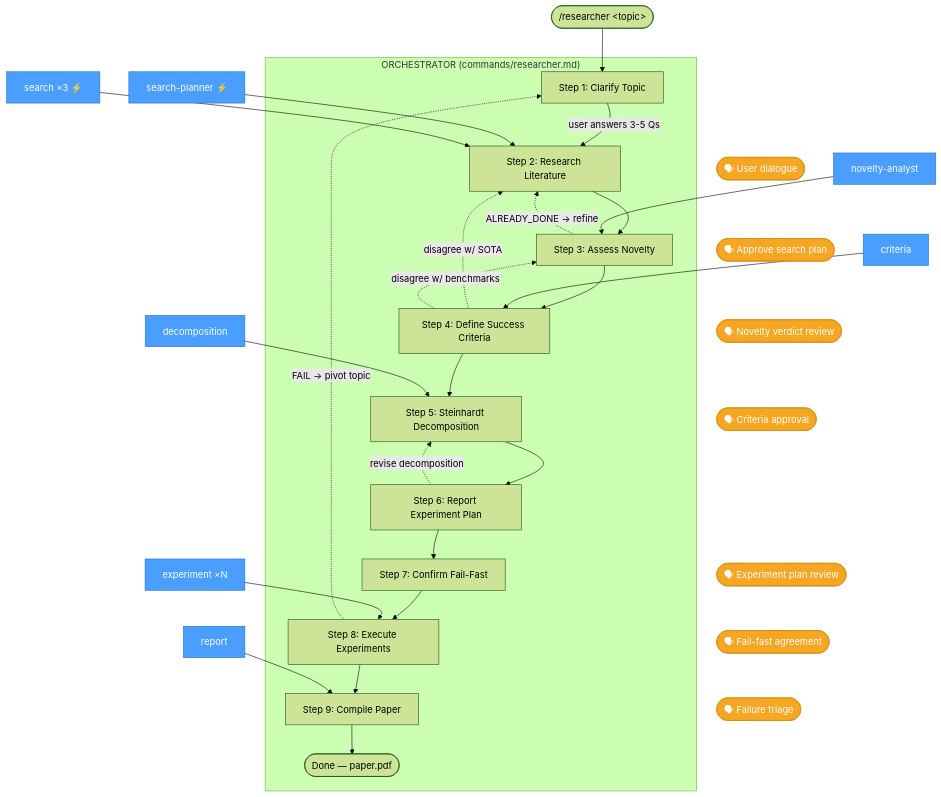
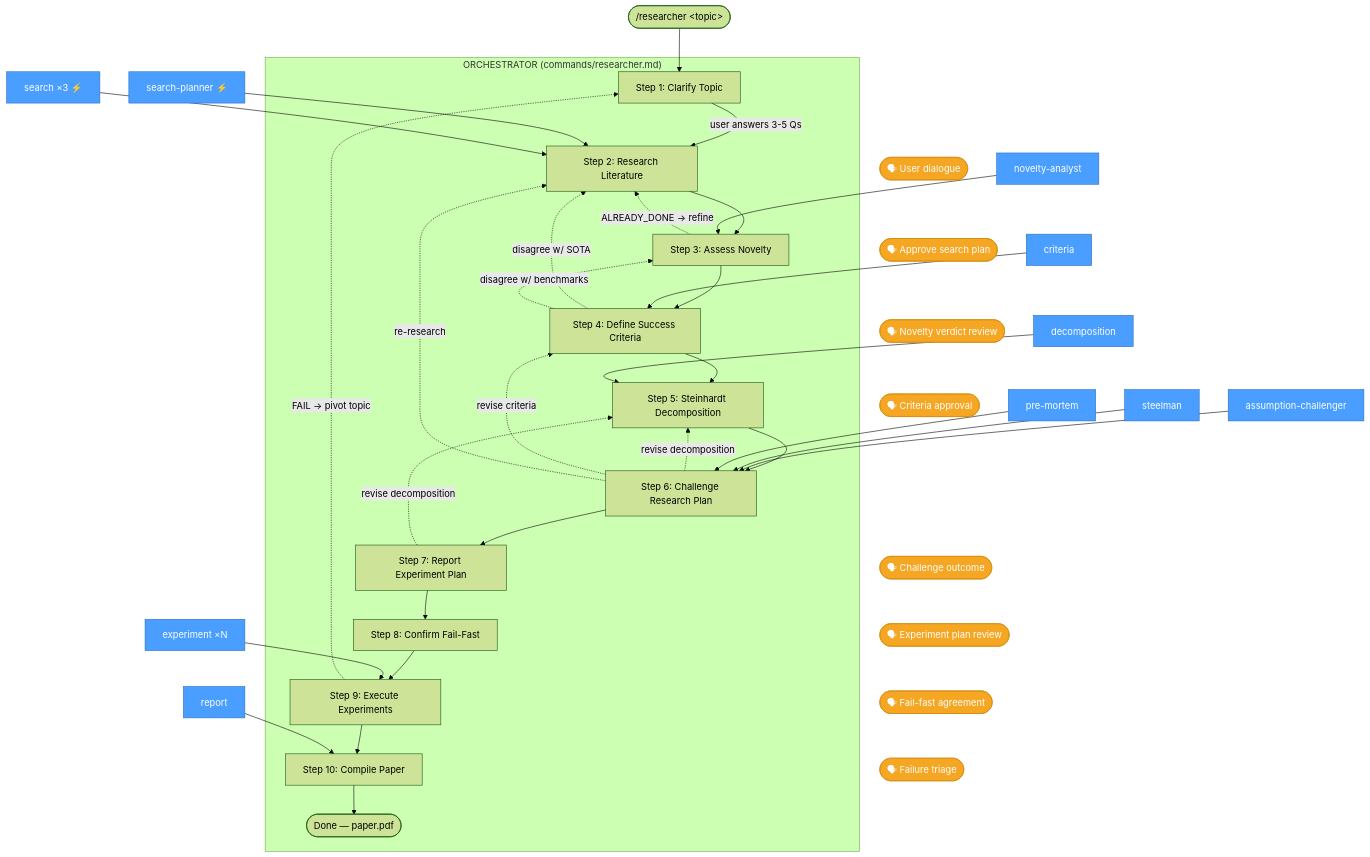
Before and after one commit to tbuckworth/ai-safety-researcher: the first of 4 diagrams in docs/DIAGRAM.md, drawn with Mermaid (forest theme). The commit also changed other lines of this file and 11 other files, not shown here.

First line of the commit message:
Add Step 6: Challenge the Research Plan (assumption, steelman, pre-mortem)

````diff
--- a/docs/DIAGRAM.md
+++ b/docs/DIAGRAM.md
@@ -5,55 +5,64 @@
 ```mermaid
 flowchart TD
     User(["/researcher &lt;topic&gt;"]) --> S1
 
     subgraph ORCH["ORCHESTRATOR (commands/researcher.md)"]
         S1["Step 1: Clarify Topic"]
         S2["Step 2: Research Literature"]
         S3["Step 3: Assess Novelty"]
         S4["Step 4: Define Success Criteria"]
         S5["Step 5: Steinhardt Decomposition"]
-        S6["Step 6: Report Experiment Plan"]
-        S7["Step 7: Confirm Fail-Fast"]
-        S8["Step 8: Execute Experiments"]
-        S9["Step 9: Compile Paper"]
+        S6["Step 6: Challenge Research Plan"]
+        S7["Step 7: Report Experiment Plan"]
+        S8["Step 8: Confirm Fail-Fast"]
+        S9["Step 9: Execute Experiments"]
+        S10["Step 10: Compile Paper"]
         Done(["Done — paper.pdf"])
 
         S1 -->|"user answers 3-5 Qs"| S2
         S2 --> S3
         S3 --> S4
         S4 --> S5
         S5 --> S6
         S6 --> S7
         S7 --> S8
         S8 --> S9
-        S9 --> Done
+        S9 --> S10
+        S10 --> Done
     end
 
     %% Loop-backs
     S3 -.->|"ALREADY_DONE → refine"| S2
     S4 -.->|"disagree w/ SOTA"| S2
     S4 -.->|"disagree w/ benchmarks"| S3
     S6 -.->|"revise decomposition"| S5
-    S8 -.->|"FAIL → pivot topic"| S1
+    S6 -.->|"revise criteria"| S4
+    S6 -.->|"re-research"| S2
+    S7 -.->|"revise decomposition"| S5
+    S9 -.->|"FAIL → pivot topic"| S1
 
     %% Agents
     SP["search-planner ⚡"]:::agent --> S2
     SE["search ×3 ⚡"]:::agent --> S2
     NA["novelty-analyst"]:::agent --> S3
     CR["criteria"]:::agent --> S4
     DE["decomposition"]:::agent --> S5
-    EX["experiment ×N"]:::agent --> S8
-    RE["report"]:::agent --> S9
+    AC["assumption-challenger"]:::agent --> S6
+    SM2["steelman"]:::agent --> S6
+    PM["pre-mortem"]:::agent --> S6
+    EX["experiment ×N"]:::agent --> S9
+    RE["report"]:::agent --> S10
 
     %% User interaction points
     S1 ~~~ U1(["🗣 User dialogue"]):::user
     S2 ~~~ U2(["🗣 Approve search plan"]):::user
     S3 ~~~ U3(["🗣 Novelty verdict review"]):::user
     S4 ~~~ U4(["🗣 Criteria approval"]):::user
-    S6 ~~~ U6(["🗣 Experiment plan review"]):::user
-    S7 ~~~ U7(["🗣 Fail-fast agreement"]):::user
-    S8 ~~~ U8(["🗣 Failure triage"]):::user
+    S6 ~~~ U6c(["🗣 Challenge outcome"]):::user
+    S7 ~~~ U7(["🗣 Experiment plan review"]):::user
+    S8 ~~~ U8(["🗣 Fail-fast agreement"]):::user
+    S9 ~~~ U9(["🗣 Failure triage"]):::user
 
     classDef agent fill:#4a9eff,stroke:#2670c2,color:#fff
     classDef user fill:#f5a623,stroke:#d48b0c,color:#fff
 ```
````
